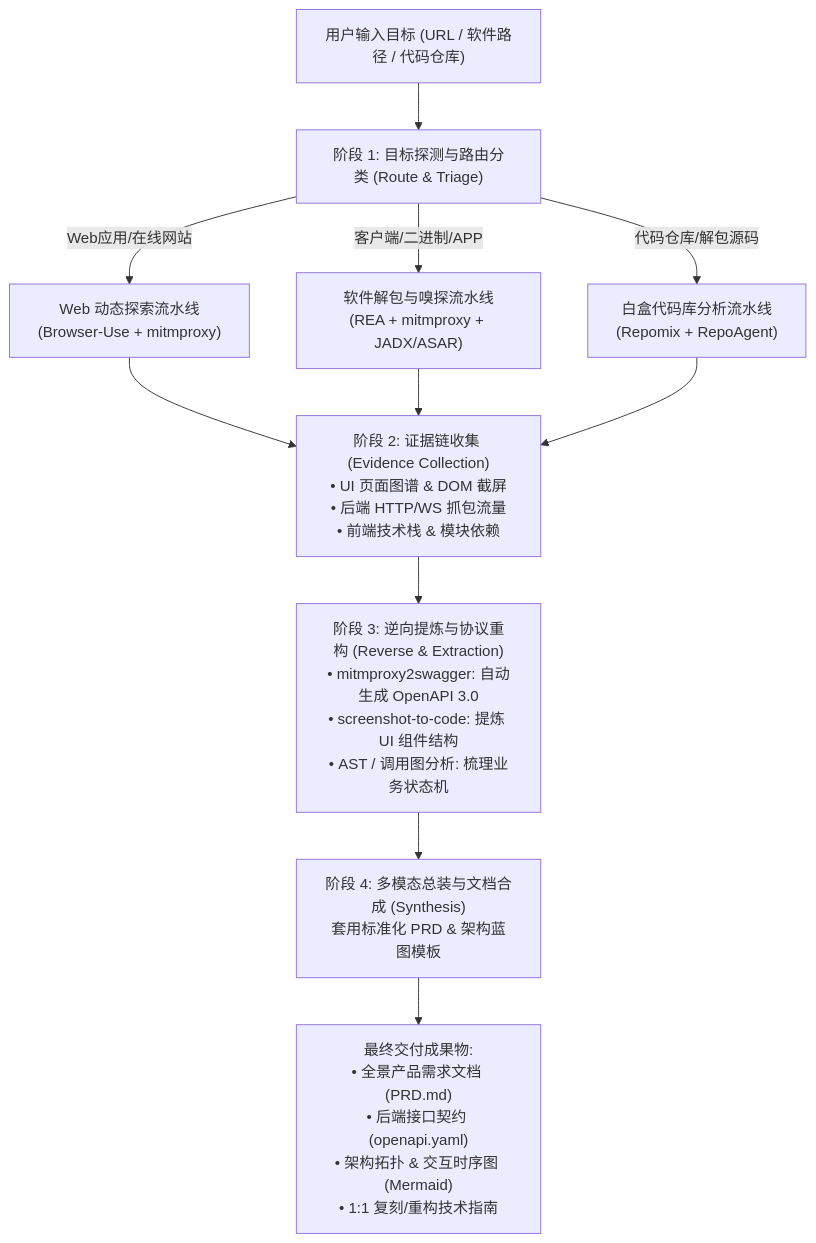
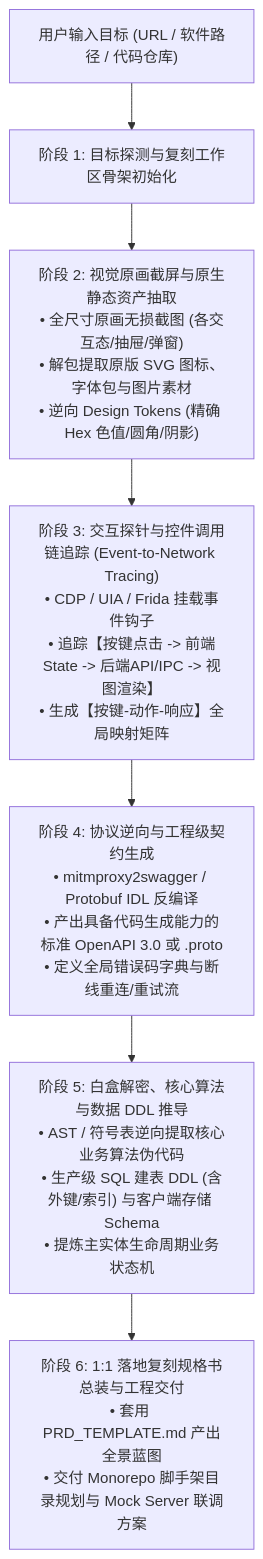
The diagram in skills/app-reverse-spec/SKILL.md (yurongfu-01/app-reverse-spec), drawn with Mermaid before and after one commit. The commit also changed other lines of this file and 13 other files, not shown here.

Commit message:
feat: upgrade to v2.0.0 industrial 1:1 replication architecture & add Chatbox showcase package

````diff
--- a/skills/app-reverse-spec/SKILL.md
+++ b/skills/app-reverse-spec/SKILL.md
@@ -20,17 +18,14 @@
 ```mermaid
 flowchart TD
-    A["用户输入目标 (URL / 软件路径 / 代码仓库)"] --> B["阶段 1: 目标探测与路由分类 (Route & Triage)"]
-    B -->|Web应用/在线网站| C1["Web 动态探索流水线<br>(Browser-Use + mitmproxy)"]
-    B -->|客户端/二进制/APP| C2["软件解包与嗅探流水线<br>(REA + mitmproxy + JADX/ASAR)"]
-    B -->|代码仓库/解包源码| C3["白盒代码库分析流水线<br>(Repomix + RepoAgent)"]
+    A["用户输入目标 (URL / 软件路径 / 代码仓库)"] --> B["阶段 1: 目标探测与复刻工作区骨架初始化"]
     
-    C1 --> D["阶段 2: 证据链收集 (Evidence Collection)<br>• UI 页面图谱 & DOM 截屏<br>• 后端 HTTP/WS 抓包流量<br>• 前端技术栈 & 模块依赖"]
-    C2 --> D
-    C3 --> D
-
-    D --> E["阶段 3: 逆向提炼与协议重构 (Reverse & Extraction)<br>• mitmproxy2swagger: 自动生成 OpenAPI 3.0<br>• screenshot-to-code: 提炼 UI 组件结构<br>• AST / 调用图分析: 梳理业务状态机"]
+    B --> C["阶段 2: 视觉原画截屏与原生静态资产抽取<br>• 全尺寸原画无损截图 (各交互态/抽屉/弹窗)<br>• 解包提取原版 SVG 图标、字体包与图片素材<br>• 逆向 Design Tokens (精确 Hex 色值/圆角/阴影)"]
     
-    E --> F["阶段 4: 多模态总装与文档合成 (Synthesis)<br>套用标准化 PRD & 架构蓝图模板"]
+    C --> D["阶段 3: 交互探针与控件调用链追踪 (Event-to-Network Tracing)<br>• CDP / UIA / Frida 挂载事件钩子<br>• 追踪【按键点击 -> 前端State -> 后端API/IPC -> 视图渲染】<br>• 生成【按键-动作-响应】全局映射矩阵"]
     
-    F --> G["最终交付成果物:<br>• 全景产品需求文档 (PRD.md)<br>• 后端接口契约 (openapi.yaml)<br>• 架构拓扑 & 交互时序图 (Mermaid)<br>• 1:1 复刻/重构技术指南"]
+    D --> E["阶段 4: 协议逆向与工程级契约生成<br>• mitmproxy2swagger / Protobuf IDL 反编译<br>• 产出具备代码生成能力的标准 OpenAPI 3.0 或 .proto<br>• 定义全局错误码字典与断线重连/重试流"]
+    
+    E --> F["阶段 5: 白盒解密、核心算法与数据 DDL 推导<br>• AST / 符号表逆向提取核心业务算法伪代码<br>• 生产级 SQL 建表 DDL (含外键/索引) 与客户端存储 Schema<br>• 提炼主实体生命周期业务状态机"]
+    
+    F --> G["阶段 6: 1:1 落地复刻规格书总装与工程交付<br>• 套用 PRD_TEMPLATE.md 产出全景蓝图<br>• 交付 Monorepo 脚手架目录规划与 Mock Server 联调方案"]
 ```
````
